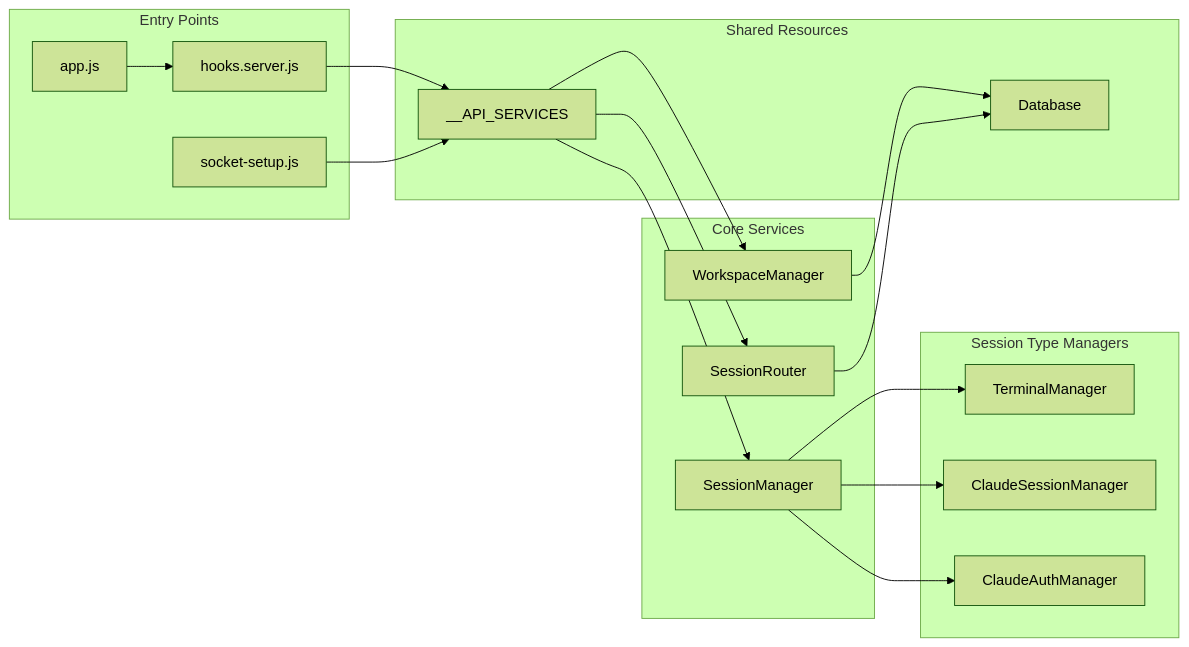
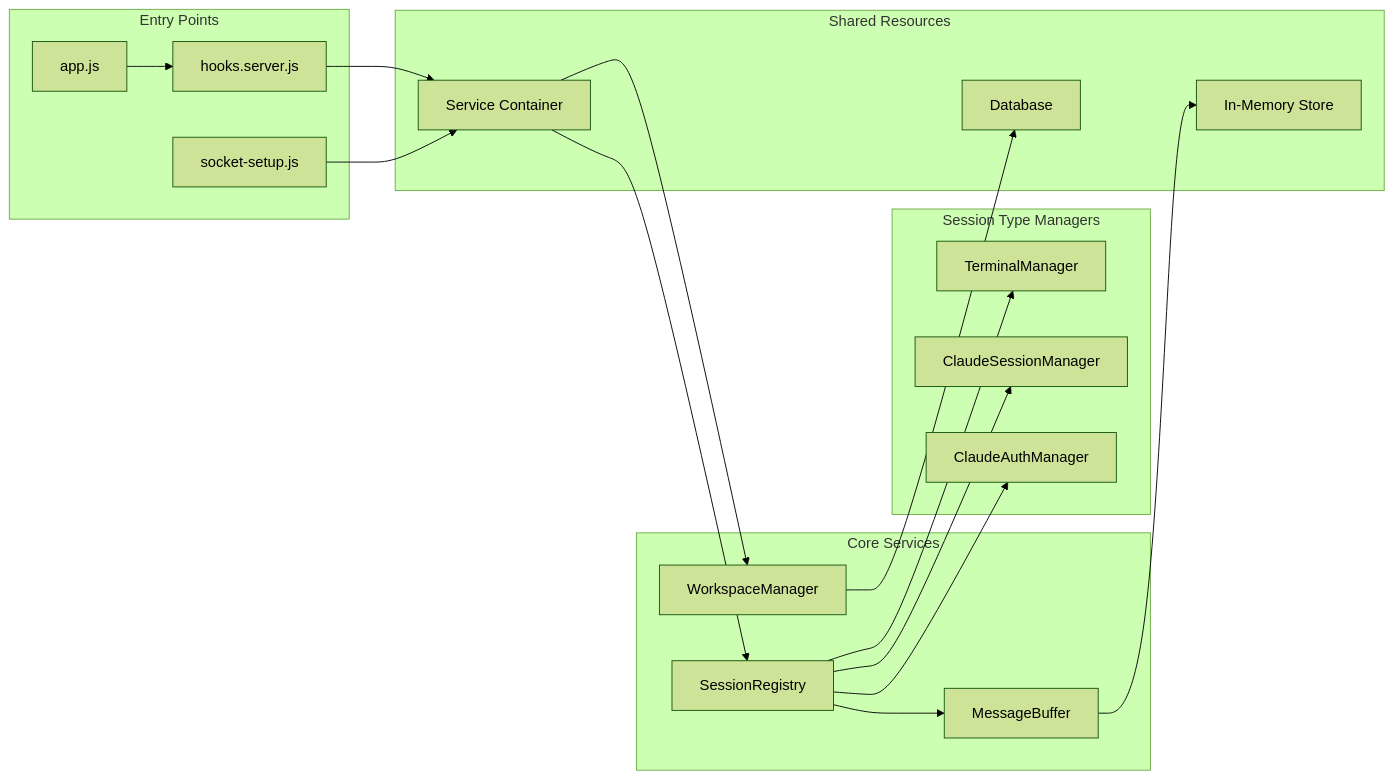
The fourth of 13 diagrams in docs/ARCHITECTURE.md (fwdslsh/dispatch), drawn with Mermaid (forest theme) before and after one commit. The commit also changed other lines of this file and 100 other files, not shown here.

First line of the commit message:
feat(tests): add ServiceContainer tests and remove ModalViewModel and SessionViewModel tests

````diff
--- a/docs/ARCHITECTURE.md
+++ b/docs/ARCHITECTURE.md
@@ -196,40 +196,41 @@
 ```mermaid
 graph LR
     subgraph "Entry Points"
         App[app.js]
         Hooks[hooks.server.js]
         SocketSetup[socket-setup.js]
     end
 
     subgraph "Core Services"
-        SM[SessionManager]
-        SR[SessionRouter]
+        SR[SessionRegistry]
+        MB[MessageBuffer]
         WM[WorkspaceManager]
     end
 
     subgraph "Session Type Managers"
         TM[TerminalManager]
         CM[ClaudeSessionManager]
         CAM[ClaudeAuthManager]
     end
 
     subgraph "Shared Resources"
-        API[__API_SERVICES]
+        API[Service Container]
         DB[Database]
+        Memory[In-Memory Store]
     end
 
     App --> Hooks
     Hooks --> API
     SocketSetup --> API
 
-    API --> SM
     API --> SR
     API --> WM
 
-SM --> TM
-SM --> CM
-SM --> CAM
+SR --> TM
+SR --> CM
+SR --> CAM
+SR --> MB
 
     WM --> DB
-    SR --> DB
+    MB --> Memory
 ```
````
